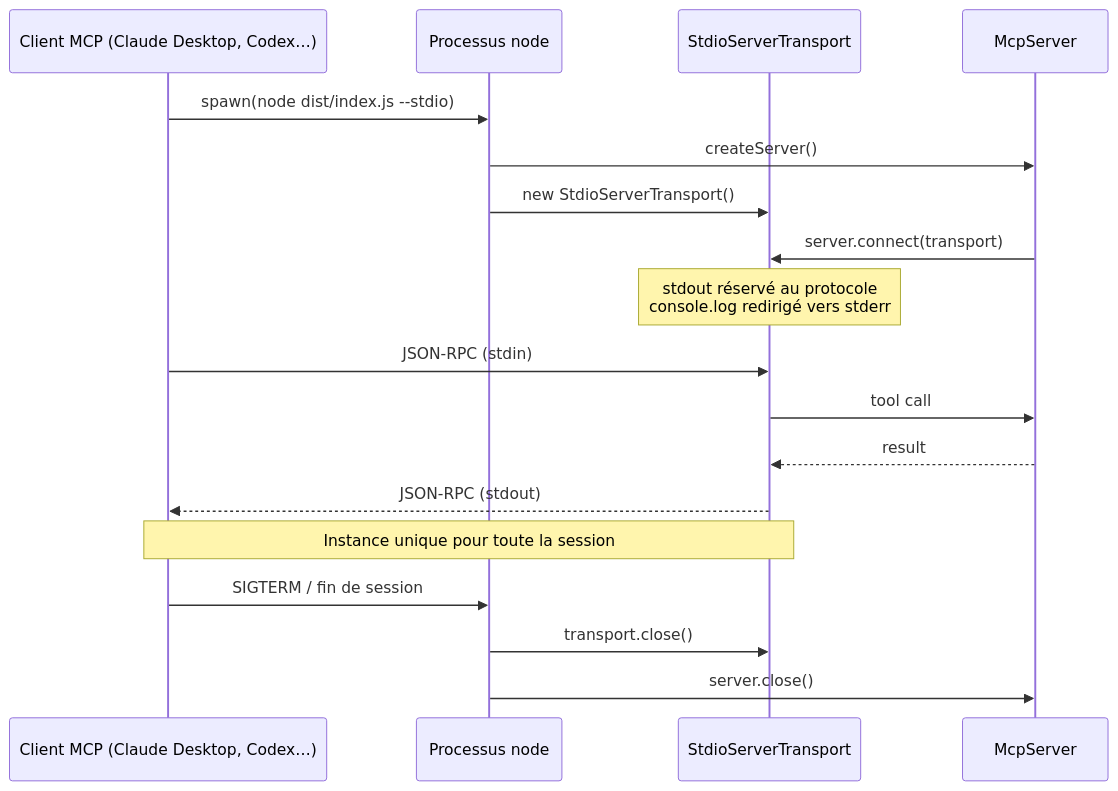
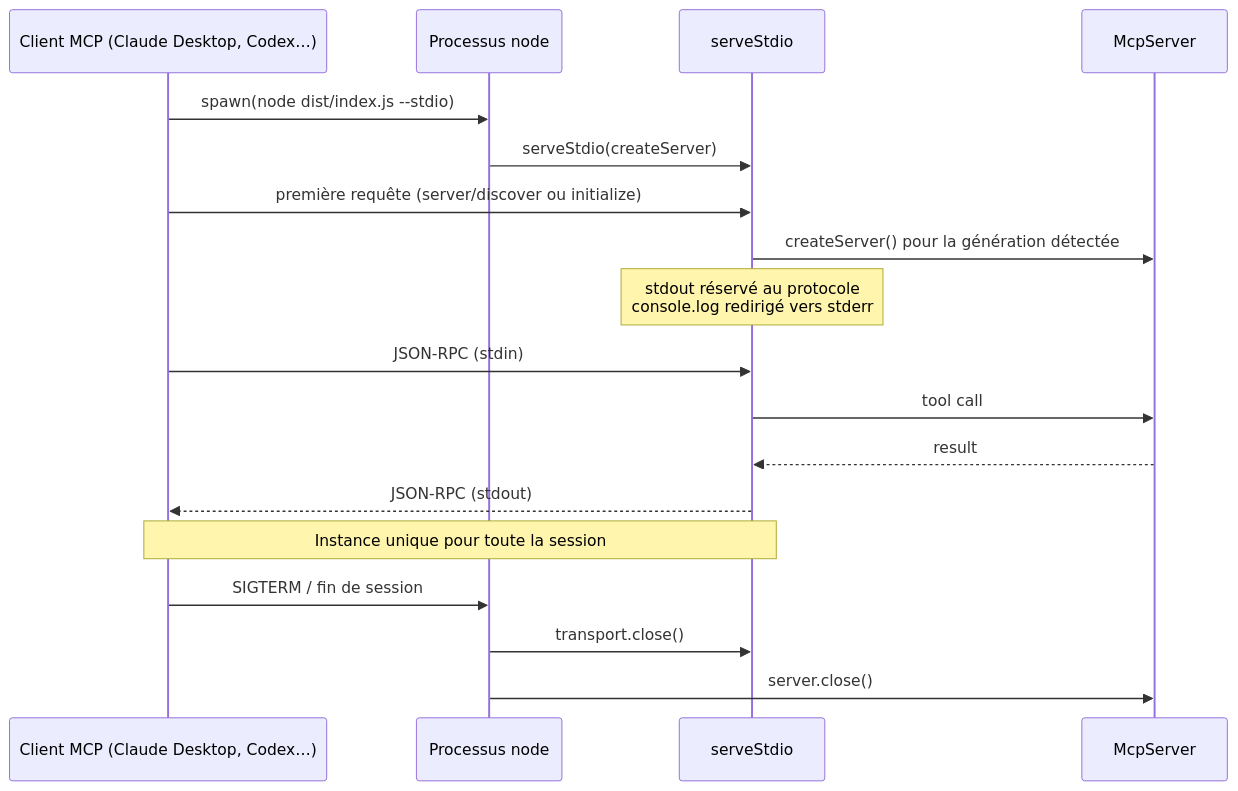
The fourth of 4 diagrams in documentation/docs/architecture.mdx (MAIF/risques-majeurs-mcp), drawn with Mermaid before and after one commit. The commit also changed other lines of this file and 9 other files, not shown here.

````diff
--- a/documentation/docs/architecture.mdx
+++ b/documentation/docs/architecture.mdx
@@ -131,21 +137,21 @@
 ```mermaid
 sequenceDiagram
     participant C as Client MCP (Claude Desktop, Codex…)
     participant P as Processus node
-    participant T as StdioServerTransport
+    participant T as serveStdio
     participant S as McpServer
 
     C->>P: spawn(node dist/index.js --stdio)
-    P->>S: createServer()
-    P->>T: new StdioServerTransport()
-    S->>T: server.connect(transport)
+    P->>T: serveStdio(createServer)
+    C->>T: première requête (server/discover ou initialize)
+    T->>S: createServer() pour la génération détectée
     Note over T: stdout réservé au protocole<br/>console.log redirigé vers stderr
     C->>T: JSON-RPC (stdin)
     T->>S: tool call
     S-->>T: result
     T-->>C: JSON-RPC (stdout)
     Note over C,T: Instance unique pour toute la session
     C->>P: SIGTERM / fin de session
     P->>T: transport.close()
     P->>S: server.close()
 ```
````
